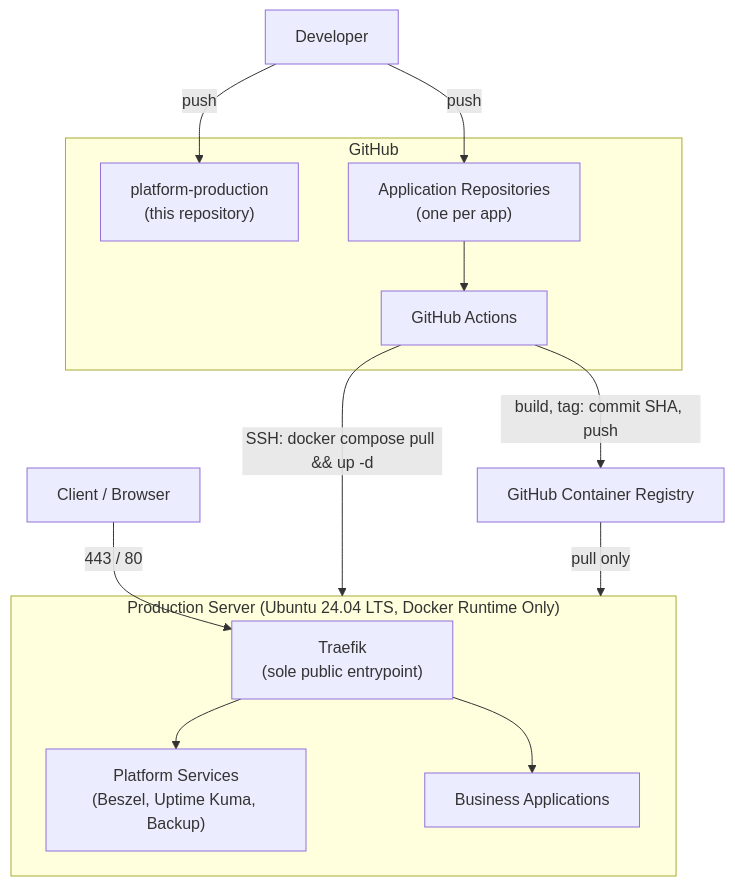
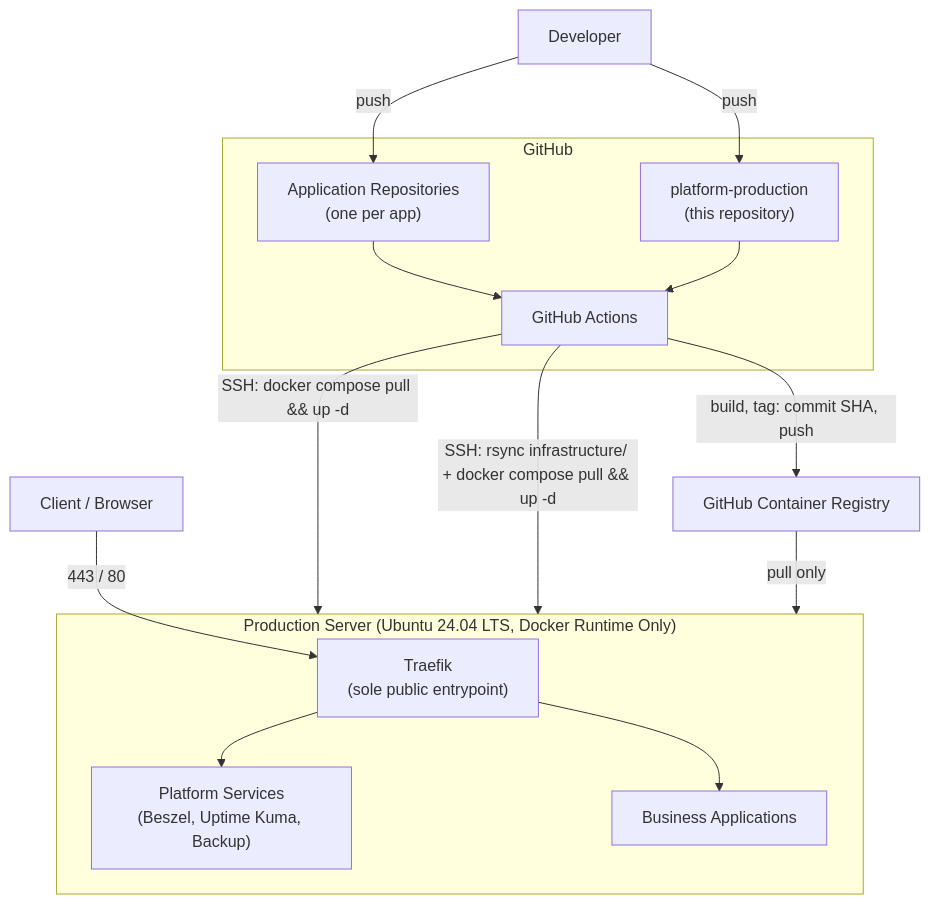
The diagram in README.md (Basith-08/platform-production), drawn with Mermaid before and after one commit. The commit also changed other lines of this file and 25 other files, not shown here.

````diff
--- a/README.md
+++ b/README.md
@@ -31,30 +31,32 @@
 ```mermaid
 flowchart TB
     Dev["Developer"]
 
     subgraph GitHub["GitHub"]
         PlatformRepo["platform-production\n(this repository)"]
         AppRepo["Application Repositories\n(one per app)"]
         Actions["GitHub Actions"]
     end
 
     GHCR["GitHub Container Registry"]
 
     subgraph Prod["Production Server (Ubuntu 24.04 LTS, Docker Runtime Only)"]
         Traefik["Traefik\n(sole public entrypoint)"]
         Platform["Platform Services\n(Beszel, Uptime Kuma, Backup)"]
         Apps["Business Applications"]
     end
 
     Client["Client / Browser"]
 
     Dev -->|"push"| AppRepo
     Dev -->|"push"| PlatformRepo
     AppRepo --> Actions
+    PlatformRepo --> Actions
     Actions -->|"build, tag: commit SHA, push"| GHCR
     Actions -->|"SSH: docker compose pull && up -d"| Prod
+    Actions -->|"SSH: rsync infrastructure/ + docker compose pull && up -d"| Prod
     GHCR -->|"pull only"| Prod
     Client -->|"443 / 80"| Traefik
     Traefik --> Apps
     Traefik --> Platform
 ```
````
